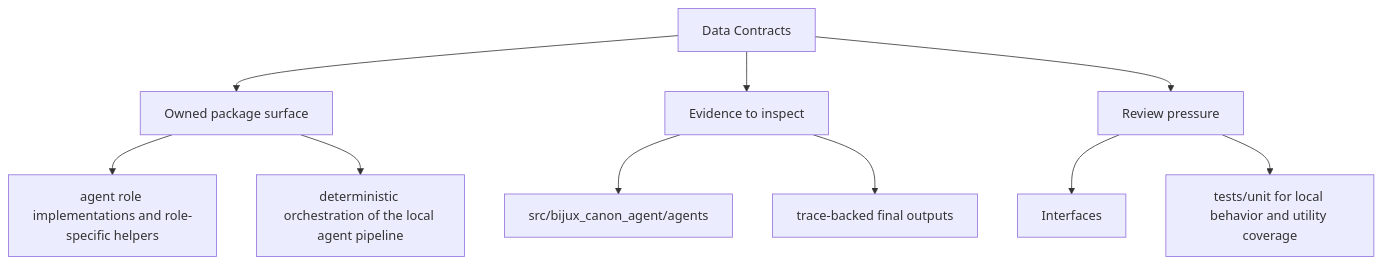
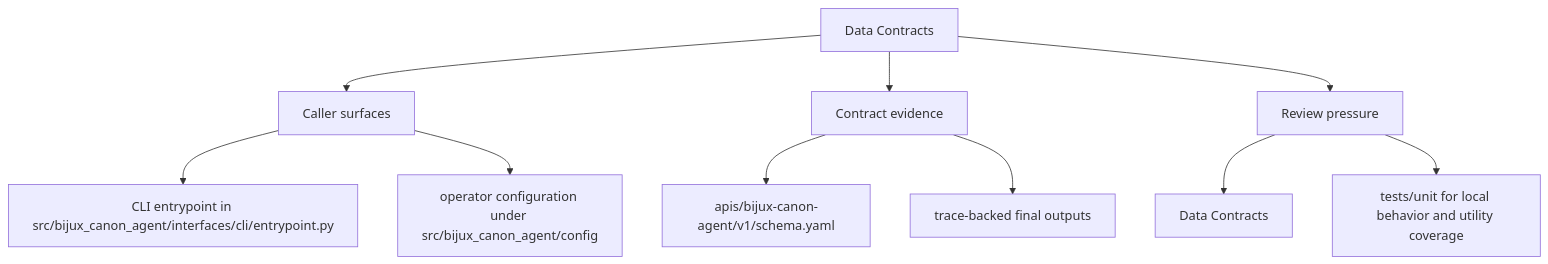
One commit to bijux/bijux-canon changed the second of 2 diagrams in docs/bijux-canon-agent/interfaces/data-contracts.md. Above: the diagram before and after it, drawn with Mermaid. The commit also changed other lines of this file and 250 other files, not shown here.

Commit message:
docs(diagrams): make product page maps more readable

````diff
--- a/docs/bijux-canon-agent/interfaces/data-contracts.md
+++ b/docs/bijux-canon-agent/interfaces/data-contracts.md
@@ -35,22 +35,22 @@
 ```mermaid
 flowchart TD
     page["Data Contracts"]
-    focus1["Owned package surface"]
+    focus1["Caller surfaces"]
     page --> focus1
-    focus1_1["agent role implementations and role-specific helpers"]
+    focus1_1["CLI entrypoint in src/bijux_canon_agent/interfaces/cli/entrypoint.py"]
     focus1 --> focus1_1
-    focus1_2["deterministic orchestration of the local agent pipeline"]
+    focus1_2["operator configuration under src/bijux_canon_agent/config"]
     focus1 --> focus1_2
-    focus2["Evidence to inspect"]
+    focus2["Contract evidence"]
     page --> focus2
-    focus2_1["src/bijux_canon_agent/agents"]
+    focus2_1["apis/bijux-canon-agent/v1/schema.yaml"]
     focus2 --> focus2_1
     focus2_2["trace-backed final outputs"]
     focus2 --> focus2_2
     focus3["Review pressure"]
     page --> focus3
-    focus3_1["Interfaces"]
+    focus3_1["Data Contracts"]
     focus3 --> focus3_1
     focus3_2["tests/unit for local behavior and utility coverage"]
     focus3 --> focus3_2
 ```
````
